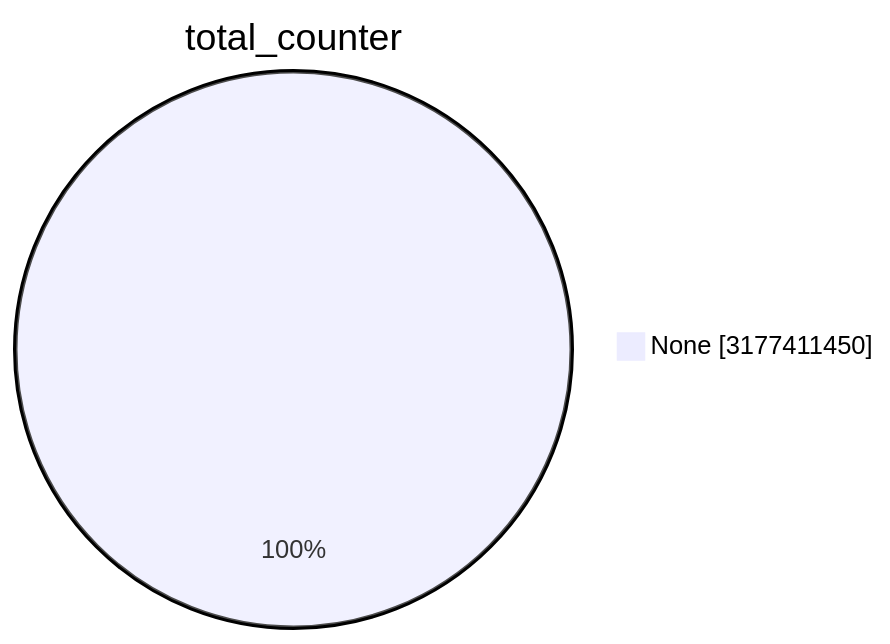
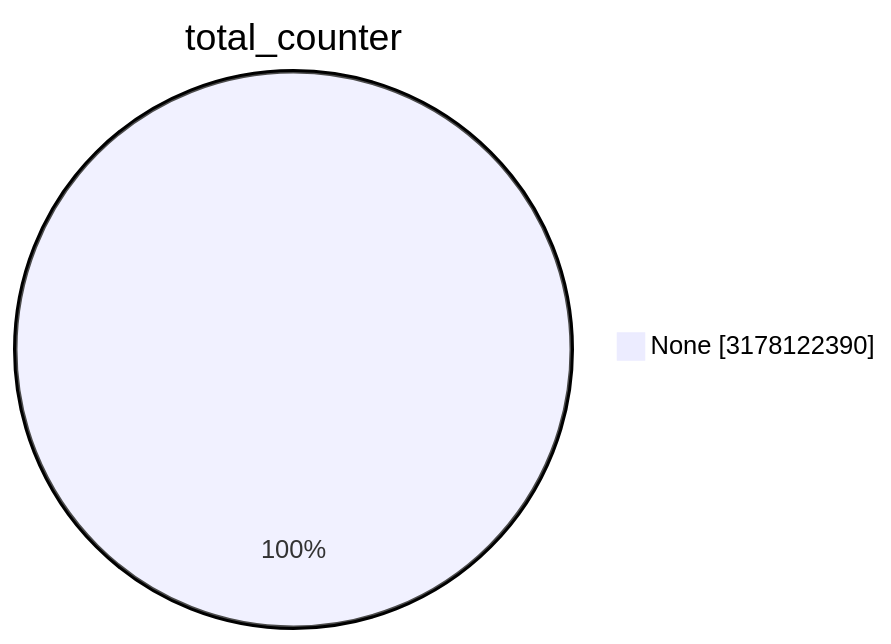
The first of 15 diagrams in TOTAL/README.md (christiankrug/ctmonitor_visualization), drawn with Mermaid before and after one commit. The commit also changed other lines of this file, not shown here.

````diff
--- a/TOTAL/README.md
+++ b/TOTAL/README.md
@@ -1,5 +1,5 @@
 ```mermaid
 pie showData
 title total_counter
-"None" :3177411450
+"None" :3178122390
 ```
````
